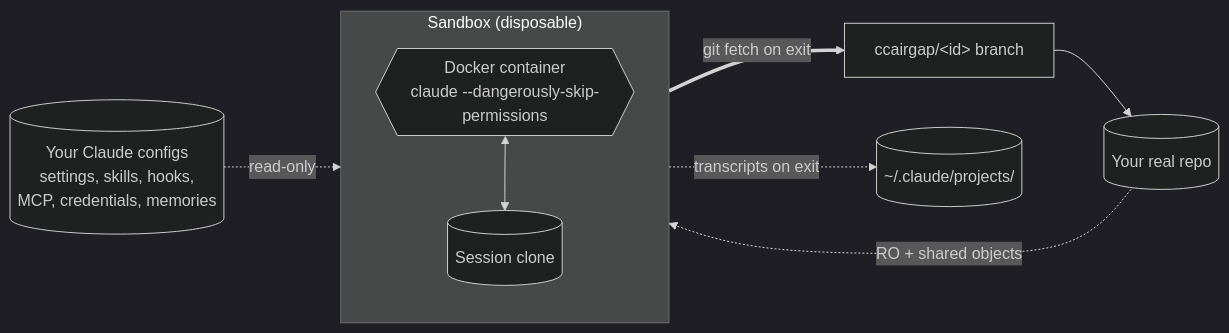
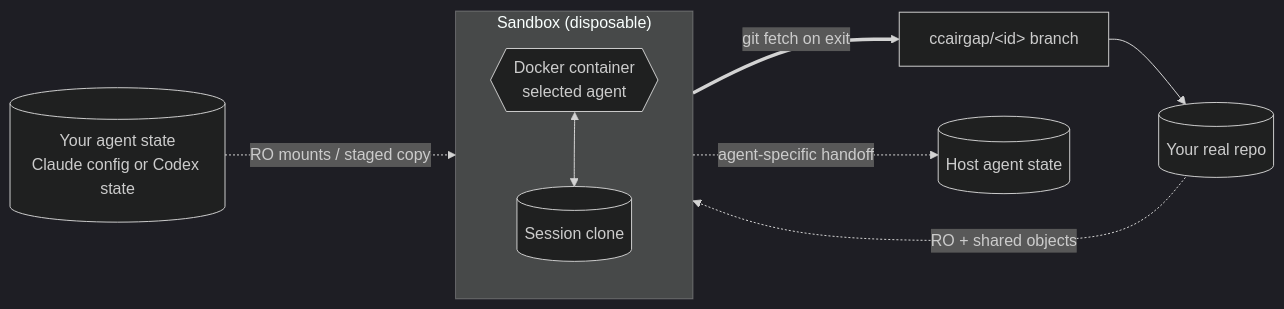
The diagram in README.md (Alfredvc/ccairgap), drawn with Mermaid (dark theme) before and after one commit. The commit also changed other lines of this file and 4 other files, not shown here.

````diff
--- a/README.md
+++ b/README.md
@@ -157,21 +165,21 @@
 ```mermaid
 flowchart LR
     Repo[("Your real repo")]
 
     subgraph Sandbox["Sandbox (disposable)"]
         direction TB
-        Container{{"Docker container<br/>claude --dangerously-skip-permissions"}}
+        Container{{"Docker container<br/>selected agent"}}
         Clone[("Session clone")]
         Container <--> Clone
     end
 
-    Configs[("Your Claude configs<br/>settings, skills, hooks,<br/>MCP, credentials, memories")]
+    Configs[("Your agent state<br/>Claude config or Codex state")]
     Branch["ccairgap/&lt;id&gt; branch"]
-    Projects[("~/.claude/projects/")]
+    AgentState[("Host agent state")]
 
     Repo -. "RO + shared objects" .-> Sandbox
-    Configs -. "read-only" .-> Sandbox
+    Configs -. "RO mounts / staged copy" .-> Sandbox
     Sandbox == "git fetch on exit" ==> Branch
-    Sandbox -. "transcripts on exit" .-> Projects
+    Sandbox -. "agent-specific handoff" .-> AgentState
     Branch --> Repo
 ```
````
